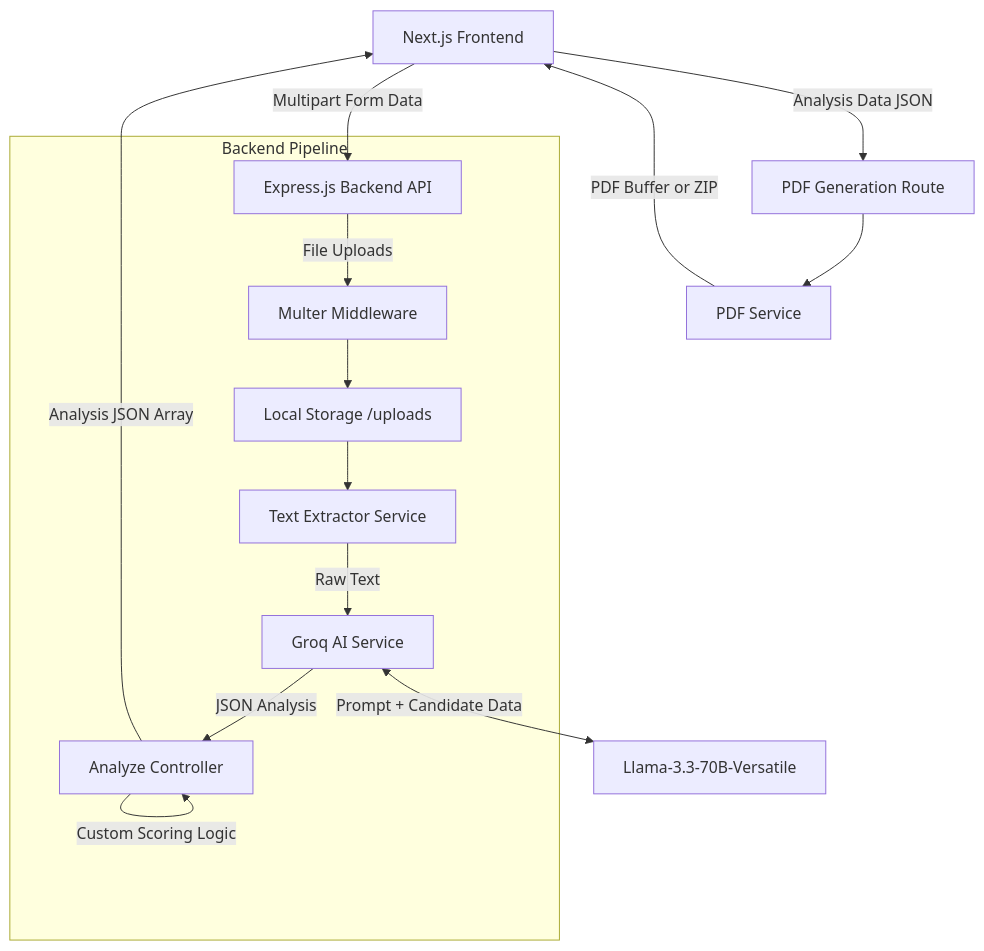
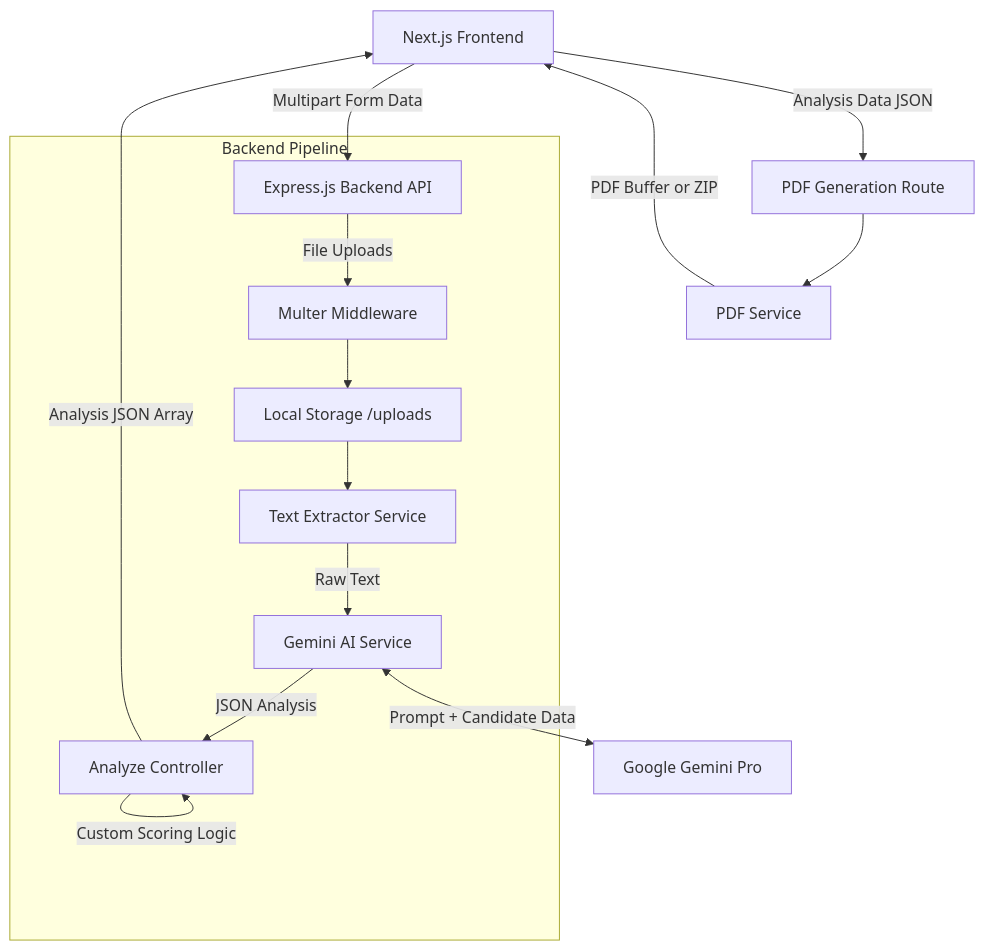
Before and after one commit to Saravanan2005real/AI-Powered-Resume-JD-analyzer: the second of 2 diagrams in README.md, drawn with Mermaid. The commit also changed other lines of this file and 18 other files, not shown here.

````diff
--- a/README.md
+++ b/README.md
@@ -57,21 +57,21 @@
 ```mermaid
 graph TD
     Client[Next.js Frontend] -->|Multipart Form Data| API[Express.js Backend API]
     
     subgraph Backend Pipeline
         API -->|File Uploads| Multer[Multer Middleware]
         Multer --> Storage[Local Storage /uploads]
         Storage --> TextExt[Text Extractor Service]
-        TextExt -->|Raw Text| Groq[Groq AI Service]
-        Groq -->|JSON Analysis| Controller[Analyze Controller]
+        TextExt -->|Raw Text| Gemini[Gemini AI Service]
+        Gemini -->|JSON Analysis| Controller[Analyze Controller]
         Controller -->|Custom Scoring Logic| Controller
     end
     
-    Groq <-->|Prompt + Candidate Data| Llama3[Llama-3.3-70B-Versatile]
+    Gemini <-->|Prompt + Candidate Data| LLM[Google Gemini Pro]
     
     Controller -->|Analysis JSON Array| Client
     
     Client -->|Analysis Data JSON| PDFRoute[PDF Generation Route]
     PDFRoute --> PDFService[PDF Service]
     PDFService -->|PDF Buffer or ZIP| Client
 ```
````
